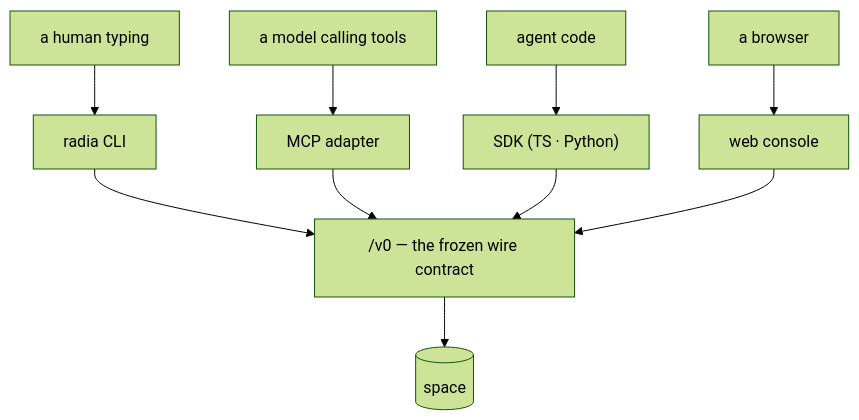
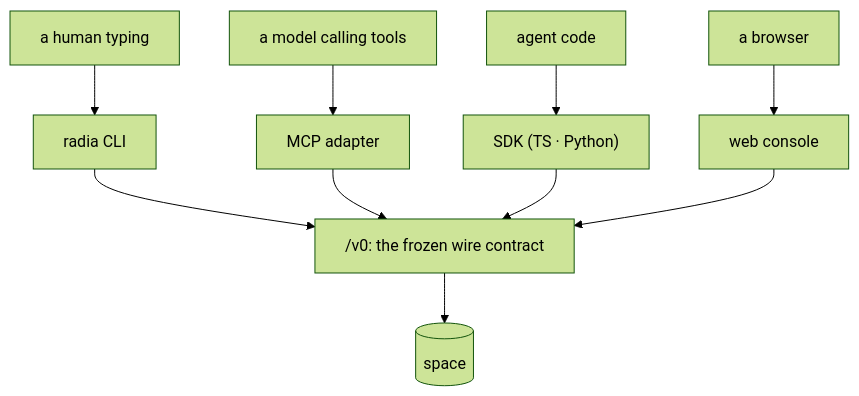
One commit to wistrand/radia changed the diagram in agent_docs/architecture-surfaces.md. Above: the diagram before and after it, drawn with Mermaid (forest theme). The commit also changed other lines of this file and 136 other files, not shown here.

````diff
--- a/agent_docs/architecture-surfaces.md
+++ b/agent_docs/architecture-surfaces.md
@@ -12,12 +12,12 @@
 ```mermaid
 flowchart TB
     H[a human typing] --> CLI[radia CLI]
     M[a model calling tools] --> MCP[MCP adapter]
     A[agent code] --> SDK["SDK (TS · Python)"]
     B[a browser] --> UI[web console]
-    CLI --> API["/v0 — the frozen wire contract"]
+    CLI --> API["/v0: the frozen wire contract"]
     MCP --> API
     SDK --> API
     UI --> API
     API --> SPACE[(space)]
 ```
````
